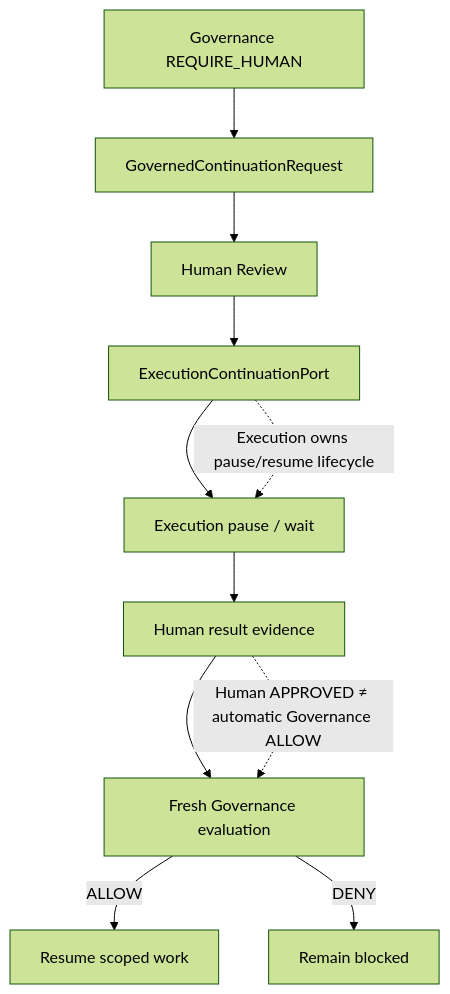
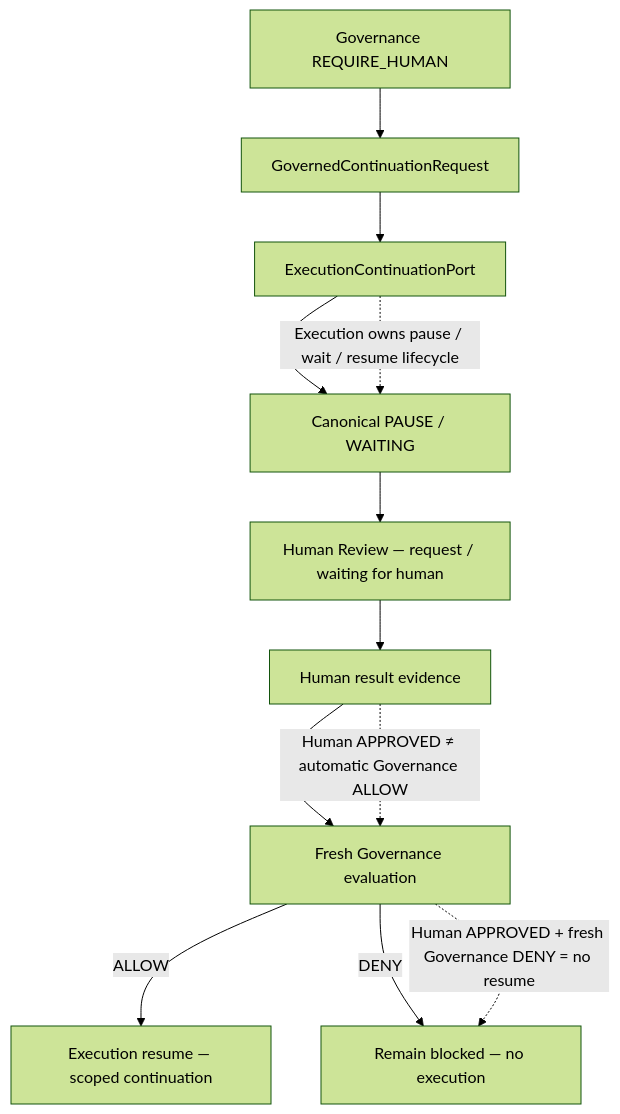
One commit to jakbuczarnecki/intergrax changed the fifth of 11 diagrams in docs/project/architecture/GOVERNED_EXECUTION.md. Above: the diagram before and after it, drawn with Mermaid (forest theme). The commit also changed other lines of this file and 1 other file, not shown here.

Commit message:
fix(governance-docs): correct HITL visual lifecycle ownership

````diff
--- a/docs/project/architecture/GOVERNED_EXECUTION.md
+++ b/docs/project/architecture/GOVERNED_EXECUTION.md
@@ -216,13 +216,14 @@
 ```mermaid
 flowchart TD
   RH[Governance REQUIRE_HUMAN] --> GCR[GovernedContinuationRequest]
-  GCR --> HR[Human Review]
-  HR --> ECP[ExecutionContinuationPort]
-  ECP --> PAUSE[Execution pause / wait]
-  PAUSE --> HRRES[Human result evidence]
+  GCR --> ECP[ExecutionContinuationPort]
+  ECP --> PAUSE[Canonical PAUSE / WAITING]
+  PAUSE --> HRR[Human Review — request / waiting for human]
+  HRR --> HRRES[Human result evidence]
   HRRES --> FRESH[Fresh Governance evaluation]
-  FRESH -->|ALLOW| RES[Resume scoped work]
-  FRESH -->|DENY| BLOCK[Remain blocked]
+  FRESH -->|ALLOW| RES[Execution resume — scoped continuation]
+  FRESH -->|DENY| BLOCK[Remain blocked — no execution]
   HRRES -.->|Human APPROVED ≠ automatic Governance ALLOW| FRESH
-  ECP -.->|Execution owns pause/resume lifecycle| PAUSE
+  FRESH -.->|Human APPROVED + fresh Governance DENY = no resume| BLOCK
+  ECP -.->|Execution owns pause / wait / resume lifecycle| PAUSE
 ```
````
